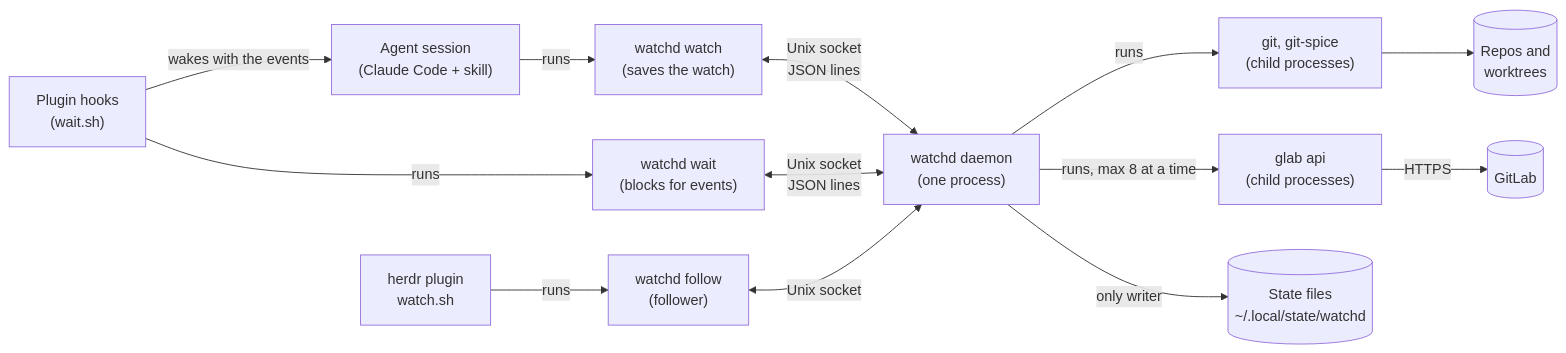
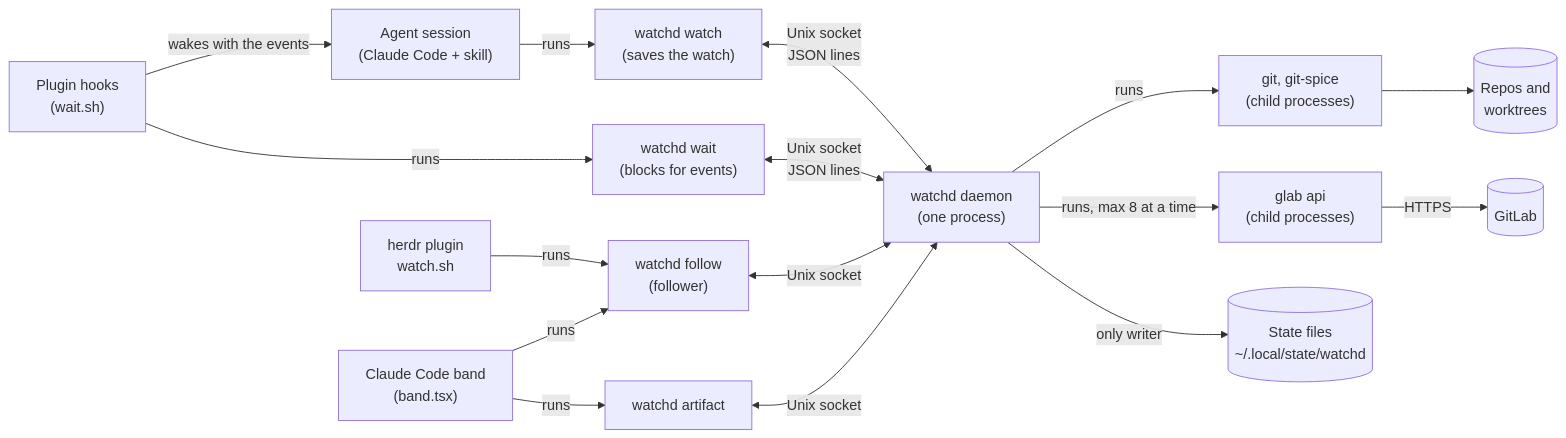
One commit to AlexKrupa/.dotfiles changed the first of 3 diagrams in dot_config/agents/daemon/README.md. Above: the diagram before and after it, drawn with Mermaid. The commit also changed other lines of this file and 34 other files, not shown here.

````diff
--- a/dot_config/agents/daemon/README.md
+++ b/dot_config/agents/daemon/README.md
@@ -11,15 +11,18 @@
 ```mermaid
 flowchart LR
   agent["Agent session<br/>(Claude Code + skill)"] -->|"runs"| watch["watchd watch<br/>(saves the watch)"]
   plugin["Plugin hooks<br/>(wait.sh)"] -->|"runs"| wait["watchd wait<br/>(blocks for events)"]
   plugin -->|"wakes with the events"| agent
   watch <-->|"Unix socket<br/>JSON lines"| daemon["watchd daemon<br/>(one process)"]
   wait <-->|"Unix socket<br/>JSON lines"| daemon
   daemon -->|"runs"| git["git, git-spice<br/>(child processes)"]
   git --> repos[("Repos and<br/>worktrees")]
   daemon -->|"runs, max 8 at a time"| glab["glab api<br/>(child processes)"]
   glab -->|"HTTPS"| gitlab[("GitLab")]
   daemon -->|"only writer"| files[("State files<br/>~/.local/state/watchd")]
   herdr["herdr plugin<br/>watch.sh"] -->|"runs"| follow["watchd follow<br/>(follower)"]
+  band["Claude Code band<br/>(band.tsx)"] -->|"runs"| follow
+  band -->|"runs"| artifact["watchd artifact"]
   follow <-->|"Unix socket"| daemon
+  artifact <-->|"Unix socket"| daemon
 ```
````
